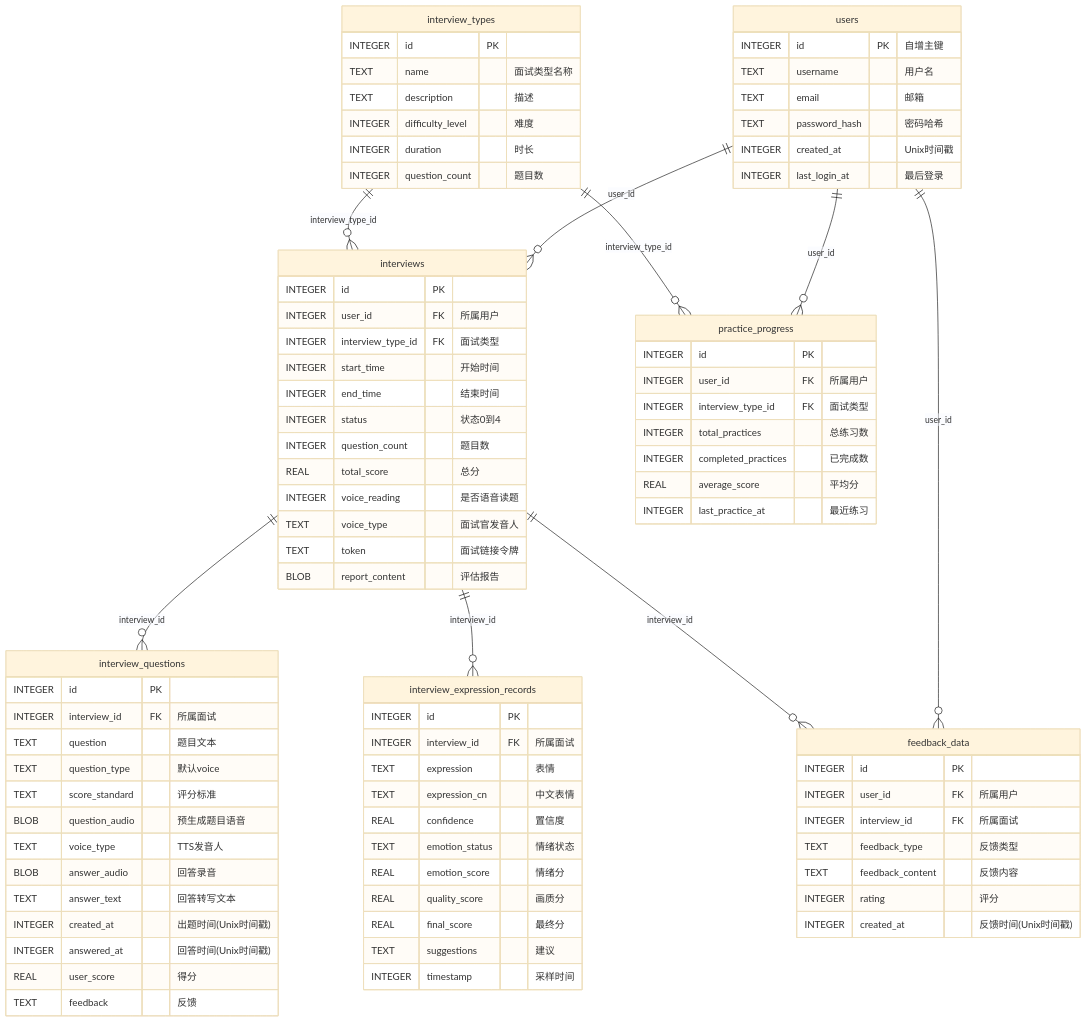
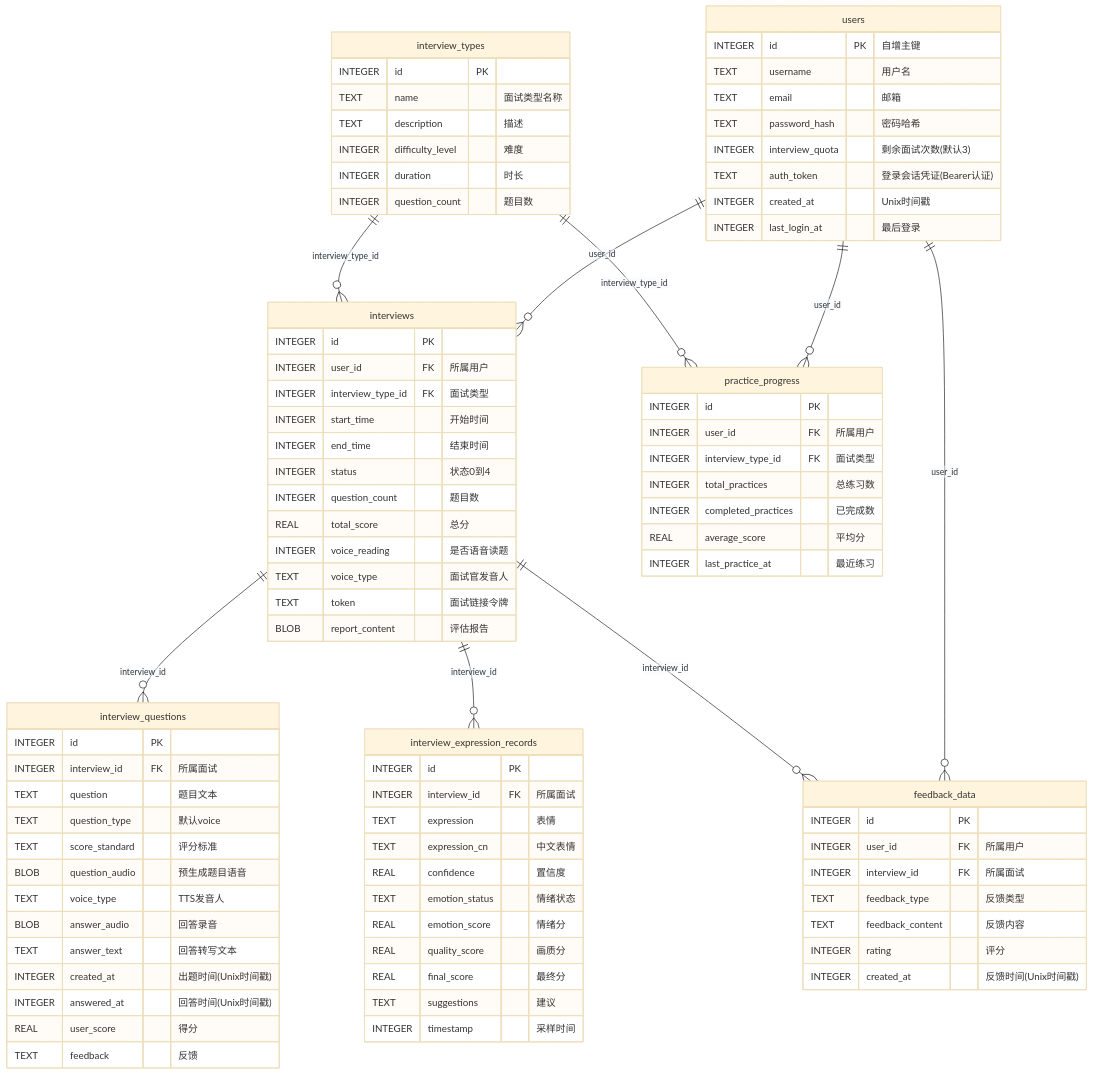
The diagram in README.md (QWERTY-zjl/project-interview), drawn with Mermaid (base theme) before and after one commit. The commit also changed other lines of this file and 25 other files, not shown here.

```diff
--- a/README.md
+++ b/README.md
@@ -178,6 +136,8 @@
         TEXT username "用户名"
         TEXT email "邮箱"
         TEXT password_hash "密码哈希"
+        INTEGER interview_quota "剩余面试次数(默认3)"
+        TEXT auth_token "登录会话凭证(Bearer认证)"
         INTEGER created_at "Unix时间戳"
         INTEGER last_login_at "最后登录"
     }
```
